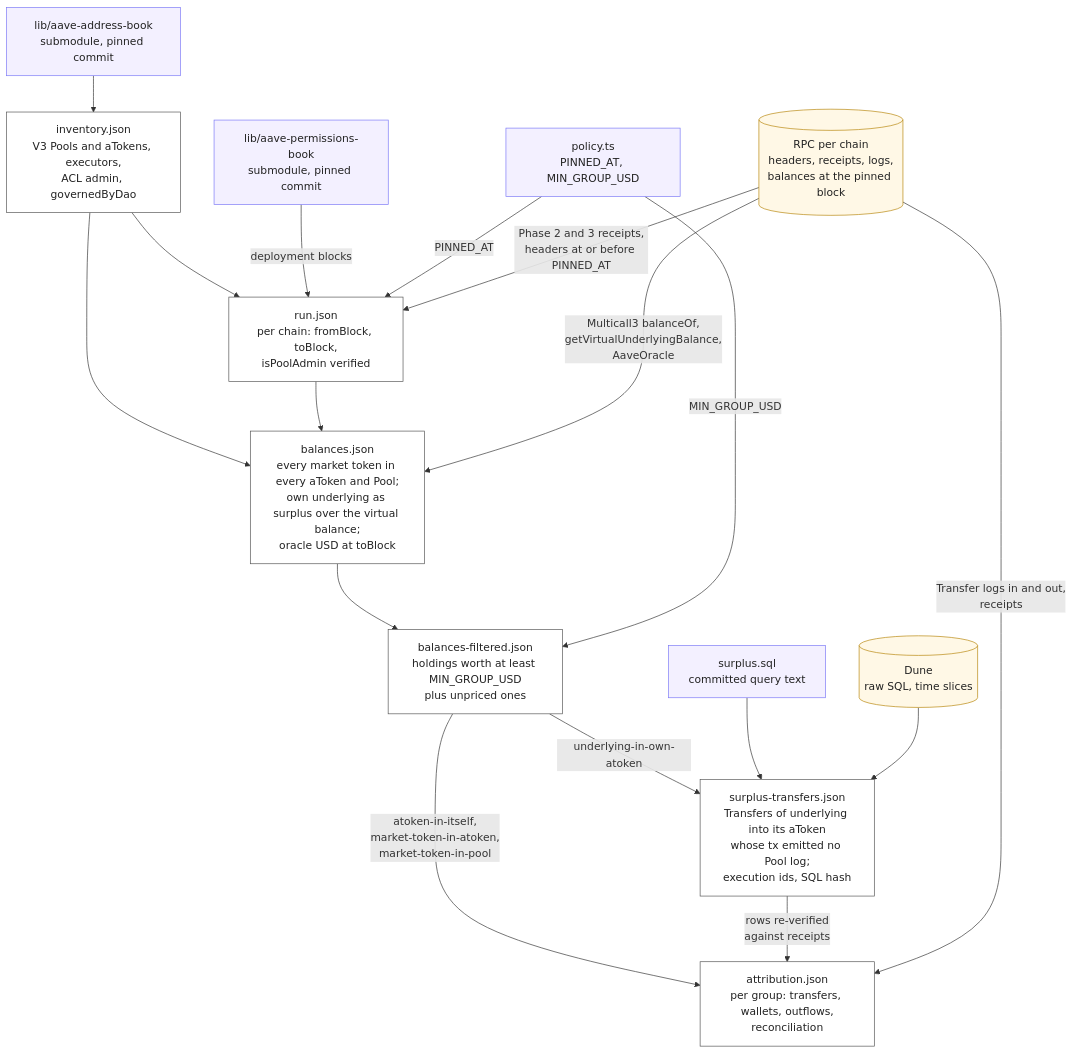
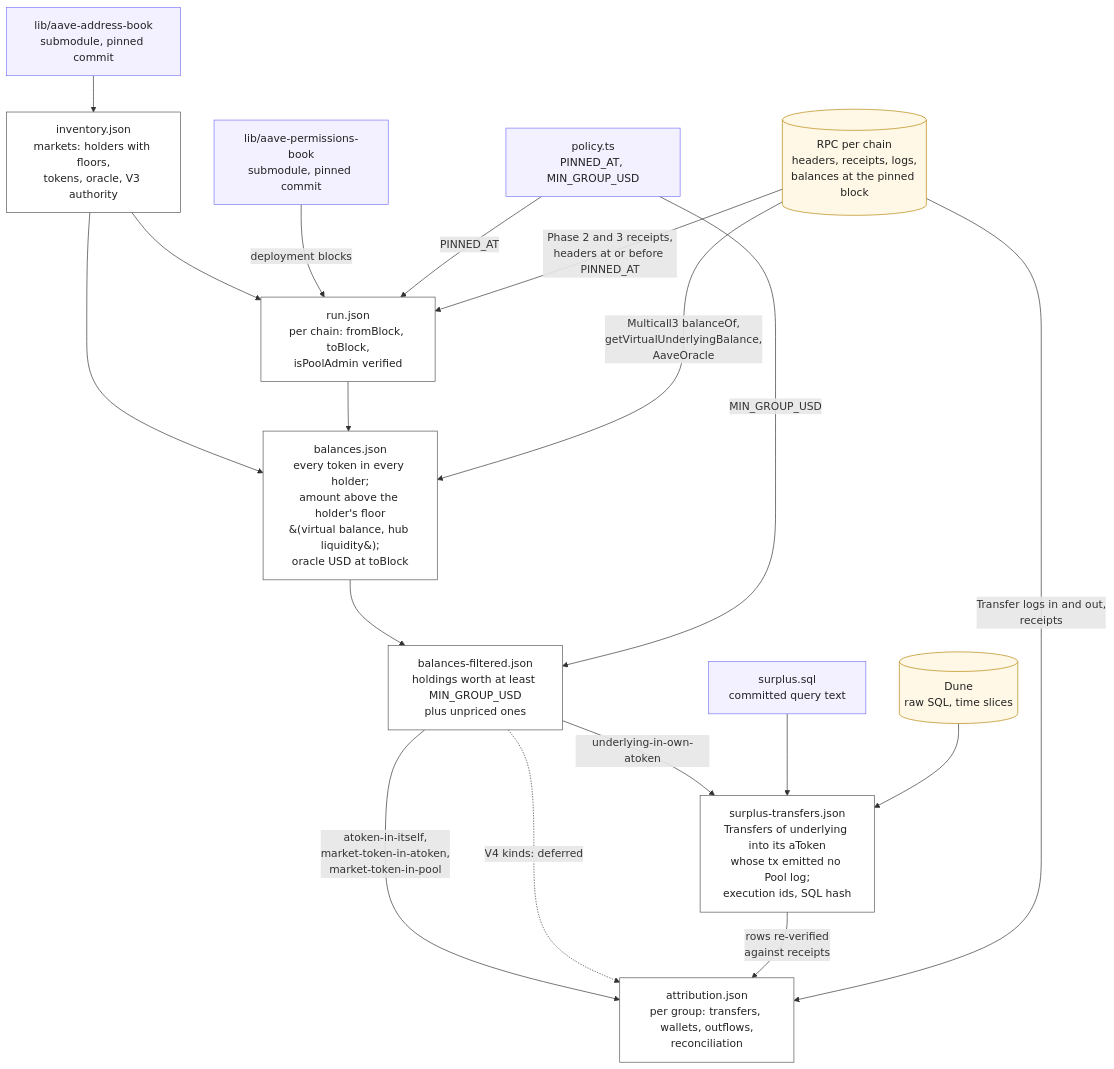
The first of 2 diagrams in README.md (TokenLogic-com-au/aave-rescue-mission), drawn with Mermaid before and after one commit. The commit also changed other lines of this file and 25 other files, not shown here.

First line of the commit message:
feat: add handling for 'v4-token-in-hub' kind with appropriate UI updates

````diff
--- a/README.md
+++ b/README.md
@@ -23,37 +24,38 @@
 ```mermaid
 flowchart TD
   classDef pin fill:#f3f0ff,stroke:#7B79F7,color:#222
   classDef file fill:#ffffff,stroke:#555,color:#222
   classDef ext fill:#fff8e6,stroke:#b8860b,color:#222
 
   AB[lib/aave-address-book<br/>submodule, pinned commit]:::pin
   PB[lib/aave-permissions-book<br/>submodule, pinned commit]:::pin
   POL[policy.ts<br/>PINNED_AT, MIN_GROUP_USD]:::pin
   SQL[surplus.sql<br/>committed query text]:::pin
   RPC[(RPC per chain<br/>headers, receipts, logs,<br/>balances at the pinned block)]:::ext
   DUNE[(Dune<br/>raw SQL, time slices)]:::ext
 
-  INV[inventory.json<br/>V3 Pools and aTokens, executors,<br/>ACL admin, governedByDao]:::file
+  INV[inventory.json<br/>markets: holders with floors,<br/>tokens, oracle, V3 authority]:::file
   RUN[run.json<br/>per chain: fromBlock, toBlock,<br/>isPoolAdmin verified]:::file
-  BAL[balances.json<br/>every market token in every aToken and Pool;<br/>own underlying as surplus over the virtual balance;<br/>oracle USD at toBlock]:::file
+  BAL[balances.json<br/>every token in every holder;<br/>amount above the holder's floor<br/>&#40;virtual balance, hub liquidity&#41;;<br/>oracle USD at toBlock]:::file
   FIL[balances-filtered.json<br/>holdings worth at least MIN_GROUP_USD<br/>plus unpriced ones]:::file
   SUR[surplus-transfers.json<br/>Transfers of underlying into its aToken<br/>whose tx emitted no Pool log;<br/>execution ids, SQL hash]:::file
   ATT[attribution.json<br/>per group: transfers, wallets, outflows,<br/>reconciliation]:::file
 
   AB --> INV
   INV --> RUN
   PB -- deployment blocks --> RUN
   POL -- PINNED_AT --> RUN
   RPC -- Phase 2 and 3 receipts,<br/>headers at or before PINNED_AT --> RUN
   INV --> BAL
   RUN --> BAL
   RPC -- Multicall3 balanceOf,<br/>getVirtualUnderlyingBalance,<br/>AaveOracle --> BAL
   BAL --> FIL
   POL -- MIN_GROUP_USD --> FIL
   FIL -- underlying-in-own-atoken --> SUR
   SQL --> SUR
   DUNE --> SUR
   FIL -- atoken-in-itself,<br/>market-token-in-atoken,<br/>market-token-in-pool --> ATT
+  FIL -. V4 kinds: deferred .-> ATT
   SUR -- rows re-verified<br/>against receipts --> ATT
   RPC -- Transfer logs in and out,<br/>receipts --> ATT
 ```
````
